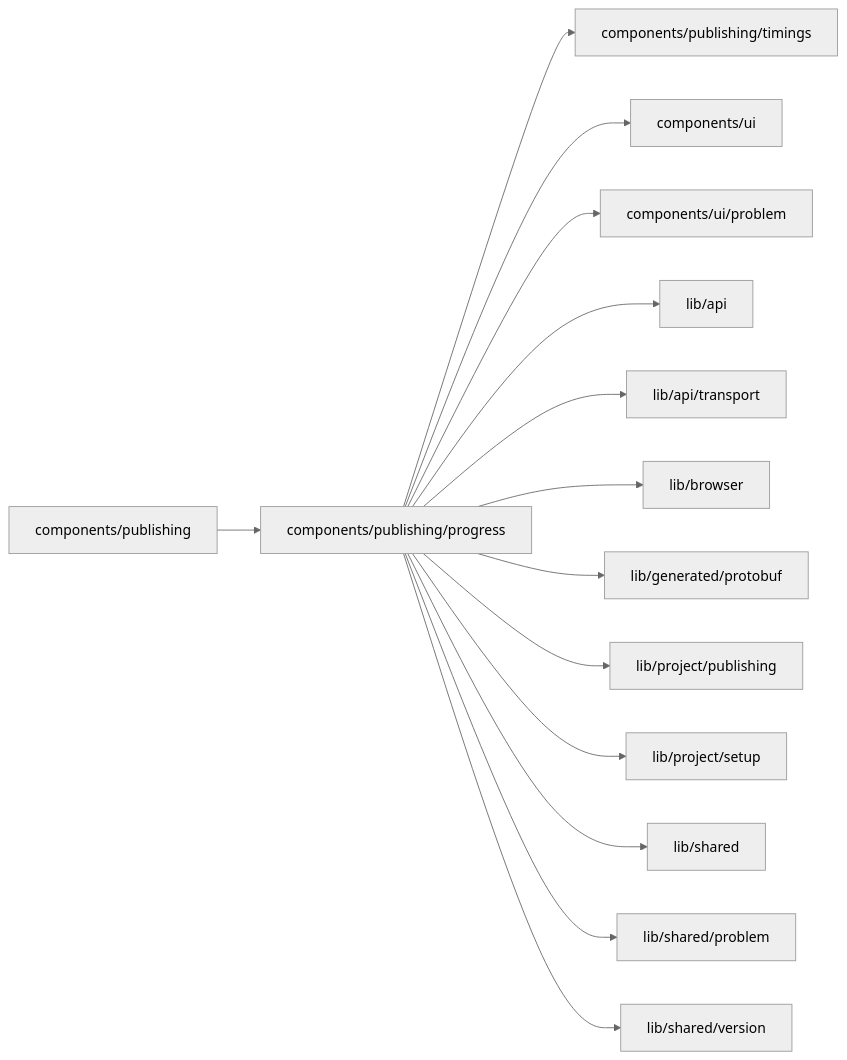
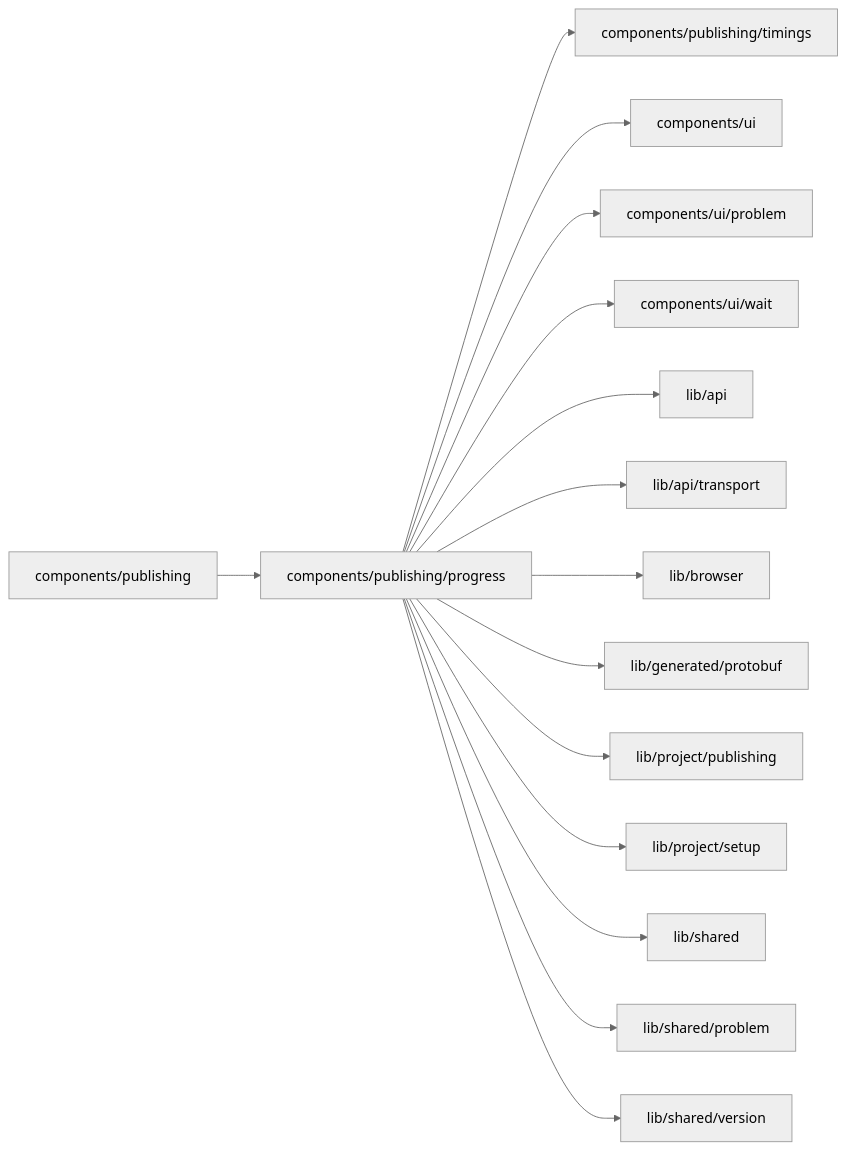
The diagram in web/studio/components/publishing/progress/README.md (superdurable/superverse), drawn with Mermaid (neutral theme) before and after one commit. The commit also changed other lines of this file and 28 other files, not shown here.

````diff
--- a/web/studio/components/publishing/progress/README.md
+++ b/web/studio/components/publishing/progress/README.md
@@ -10,17 +10,18 @@
 ```mermaid
 flowchart LR
   self["components/publishing/progress"]
   c0["components/publishing"] --> self
   self --> d0["components/publishing/timings"]
   self --> d1["components/ui"]
   self --> d2["components/ui/problem"]
-  self --> d3["lib/api"]
-  self --> d4["lib/api/transport"]
-  self --> d5["lib/browser"]
-  self --> d6["lib/generated/protobuf"]
-  self --> d7["lib/project/publishing"]
-  self --> d8["lib/project/setup"]
-  self --> d9["lib/shared"]
-  self --> d10["lib/shared/problem"]
-  self --> d11["lib/shared/version"]
+  self --> d3["components/ui/wait"]
+  self --> d4["lib/api"]
+  self --> d5["lib/api/transport"]
+  self --> d6["lib/browser"]
+  self --> d7["lib/generated/protobuf"]
+  self --> d8["lib/project/publishing"]
+  self --> d9["lib/project/setup"]
+  self --> d10["lib/shared"]
+  self --> d11["lib/shared/problem"]
+  self --> d12["lib/shared/version"]
 ```
````
